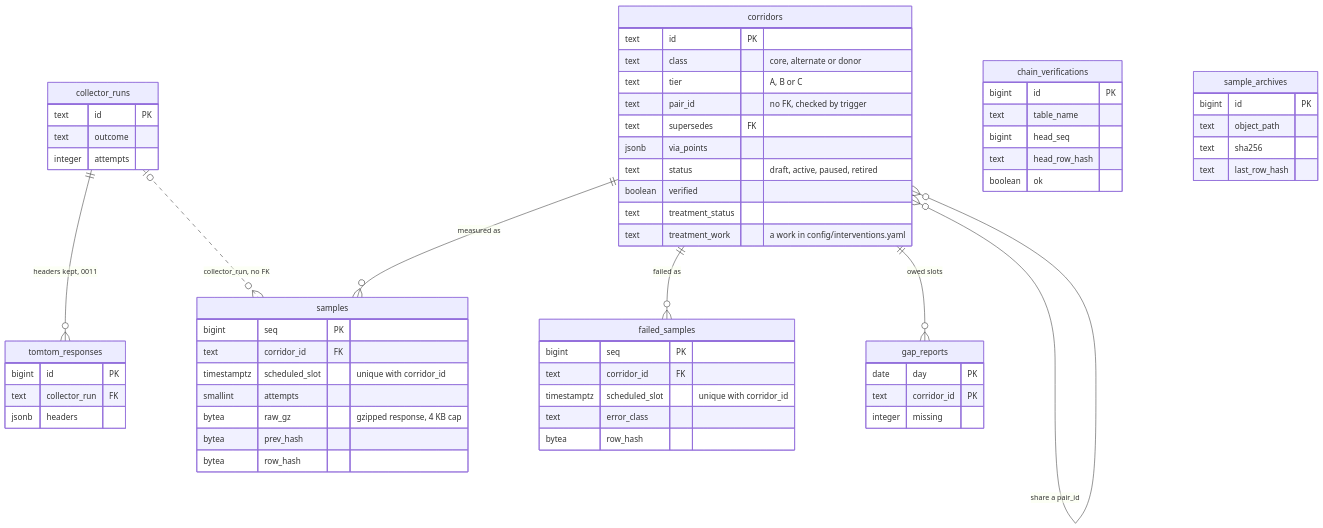
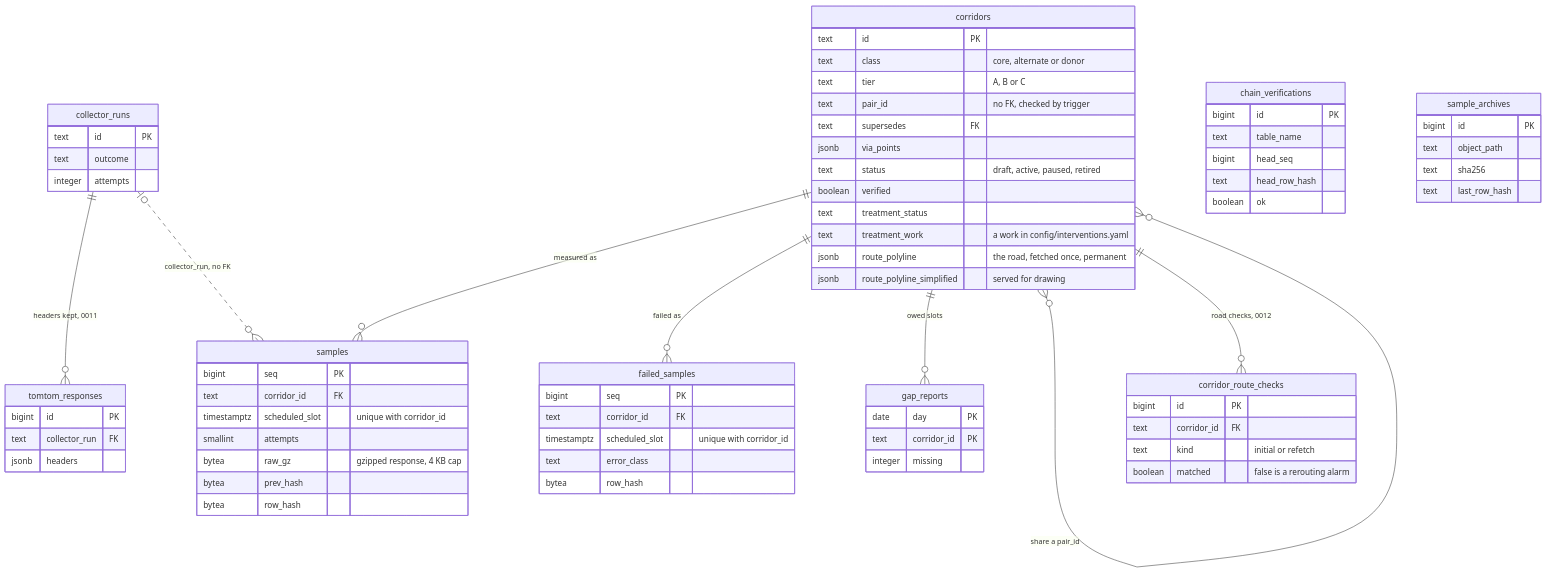
One commit to smatt92/hyderabad-corridor-ledger changed the third of 13 diagrams in docs/architecture.md. Above: the diagram before and after it, drawn with Mermaid. The commit also changed other lines of this file and 1 other file, not shown here.

````diff
--- a/docs/architecture.md
+++ b/docs/architecture.md
@@ -173,66 +185,75 @@
 ```mermaid
 erDiagram
     corridors ||--o{ samples : "measured as"
     corridors ||--o{ failed_samples : "failed as"
     corridors ||--o{ gap_reports : "owed slots"
     corridors |o--o{ corridors : "supersedes"
     corridors }o--o{ corridors : "share a pair_id"
     collector_runs ||--o{ tomtom_responses : "headers kept, 0011"
     collector_runs |o..o{ samples : "collector_run, no FK"
+    corridors ||--o{ corridor_route_checks : "road checks, 0012"
     corridors {
         text id PK
         text class "core, alternate or donor"
         text tier "A, B or C"
         text pair_id "no FK, checked by trigger"
         text supersedes FK
         jsonb via_points
         text status "draft, active, paused, retired"
         boolean verified
         text treatment_status
         text treatment_work "a work in config/interventions.yaml"
+        jsonb route_polyline "the road, fetched once, permanent"
+        jsonb route_polyline_simplified "served for drawing"
     }
     samples {
         bigint seq PK
         text corridor_id FK
         timestamptz scheduled_slot "unique with corridor_id"
         smallint attempts
         bytea raw_gz "gzipped response, 4 KB cap"
         bytea prev_hash
         bytea row_hash
     }
     failed_samples {
         bigint seq PK
         text corridor_id FK
         timestamptz scheduled_slot "unique with corridor_id"
         text error_class
         bytea row_hash
     }
     collector_runs {
         text id PK
         text outcome
         integer attempts
     }
     tomtom_responses {
         bigint id PK
         text collector_run FK
         jsonb headers
     }
+    corridor_route_checks {
+        bigint id PK
+        text corridor_id FK
+        text kind "initial or refetch"
+        boolean matched "false is a rerouting alarm"
+    }
     gap_reports {
         date day PK
         text corridor_id PK
         integer missing
     }
     chain_verifications {
         bigint id PK
         text table_name
         bigint head_seq
         text head_row_hash
         boolean ok
     }
     sample_archives {
         bigint id PK
         text object_path
         text sha256
         text last_row_hash
     }
 ```
````
